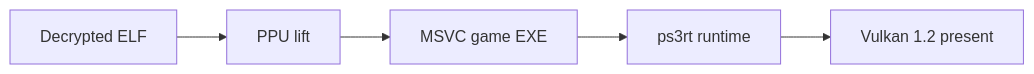
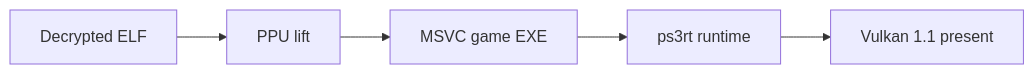
One commit to NotY215/PPSX33 changed the diagram in README.md. Above: the diagram before and after it, drawn with Mermaid. The commit also changed other lines of this file and 3 other files, not shown here.

````diff
--- a/README.md
+++ b/README.md
@@ -132,7 +132,7 @@
 ```mermaid
 flowchart LR
   ELF[Decrypted ELF] --> Lift[PPU lift]
   Lift --> Build[MSVC game EXE]
   Build --> RT[ps3rt runtime]
-  RT --> VK[Vulkan 1.2 present]
+  RT --> VK[Vulkan 1.1 present]
 ```
````
